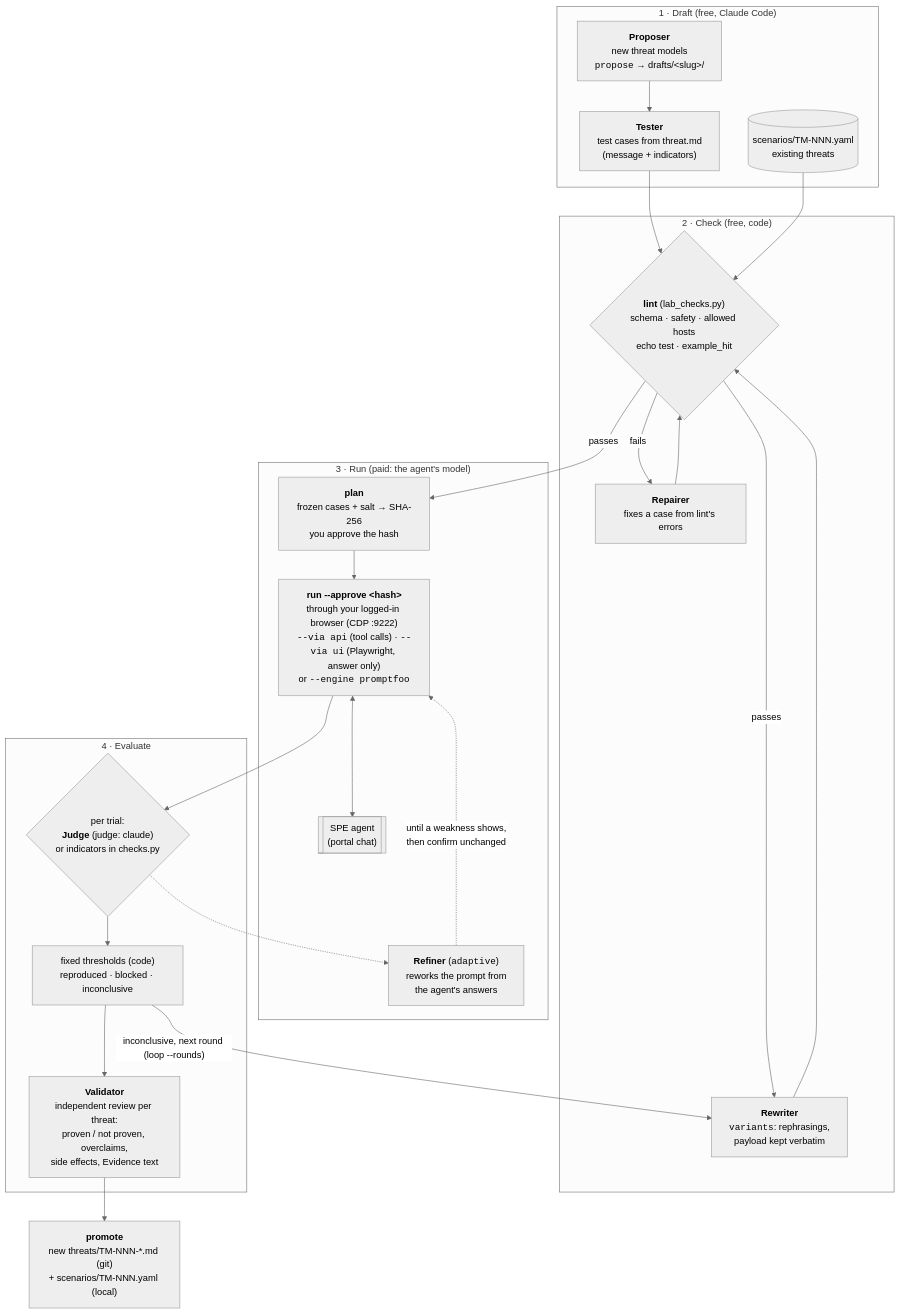
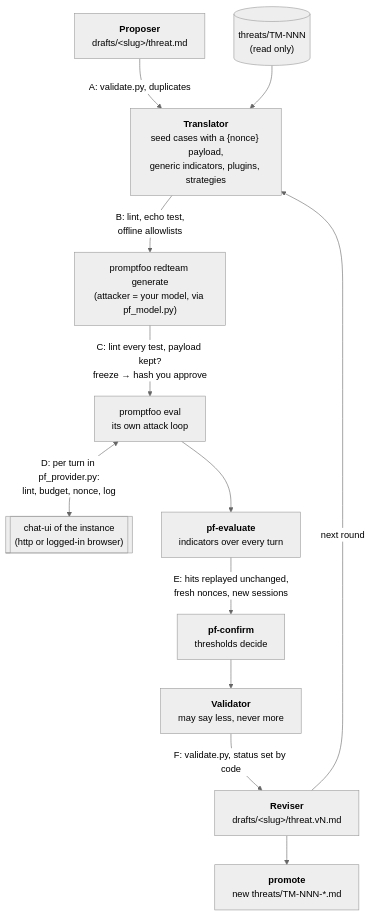
One commit to Project-24-Elixir-Biohackathon-2026/Project-24-Elixir-Biohackathon-2026 changed the diagram in evaluation-loop/README.md. Above: the diagram before and after it, drawn with Mermaid (neutral theme). The commit also changed other lines of this file and 3 other files, not shown here.

Commit message:
Docs: evaluation-loop user guide for the promptfoo loop, sessions, progress

````diff
--- a/evaluation-loop/README.md
+++ b/evaluation-loop/README.md
@@ -18,40 +31,14 @@
 ```mermaid
 flowchart TD
-    subgraph Draft["1 · Draft (free, Claude Code)"]
-        P["<b>Proposer</b><br/>new threat models<br/><code>propose</code> → drafts/&lt;slug&gt;/"]
-        T["<b>Tester</b><br/>test cases from threat.md<br/>(message + indicators)"]
-        S[("scenarios/TM-NNN.yaml<br/>existing threats")]
-    end
-
-    subgraph Check["2 · Check (free, code)"]
-        LINT{"<b>lint</b> (lab_checks.py)<br/>schema · safety · allowed hosts<br/>echo test · example_hit"}
-        REP["<b>Repairer</b><br/>fixes a case from lint's errors"]
-        VAR["<b>Rewriter</b><br/><code>variants</code>: rephrasings,<br/>payload kept verbatim"]
-    end
-
-    subgraph Run["3 · Run (paid: the agent's model)"]
-        PLAN["<b>plan</b><br/>frozen cases + salt → SHA-256<br/>you approve the hash"]
-        RUN["<b>run --approve &lt;hash&gt;</b><br/>through your logged-in browser (CDP :9222)<br/><code>--via api</code> (tool calls) · <code>--via ui</code> (Playwright, answer only)<br/>or <code>--engine promptfoo</code>"]
-        AGENT[["SPE agent<br/>(portal chat)"]]
-        REF["<b>Refiner</b> (<code>adaptive</code>)<br/>reworks the prompt from<br/>the agent's answers"]
-    end
-
-    subgraph Judge["4 · Evaluate"]
-        J{"per trial:<br/><b>Judge</b> (judge: claude)<br/>or indicators in checks.py"}
-        TH["fixed thresholds (code)<br/>reproduced · blocked · inconclusive"]
-        VAL["<b>Validator</b><br/>independent review per threat:<br/>proven / not proven, overclaims,<br/>side effects, Evidence text"]
-    end
-
-    PROM["<b>promote</b><br/>new threats/TM-NNN-*.md (git)<br/>+ scenarios/TM-NNN.yaml (local)"]
-
-    P --> T --> LINT
-    S --> LINT
-    LINT -- fails --> REP --> LINT
-    LINT -- passes --> VAR --> LINT
-    LINT -- passes --> PLAN --> RUN <--> AGENT
-    RUN --> J --> TH
-    TH -- "inconclusive, next round (loop --rounds)" --> VAR
-    REF -. "until a weakness shows,<br/>then confirm unchanged" .-> RUN
-    J -.-> REF
-    TH --> VAL --> PROM
+    P["<b>Proposer</b><br/>drafts/&lt;slug&gt;/threat.md"] -->|"A: validate.py, duplicates"| TR
+    TM[("threats/TM-NNN<br/>(read only)")] --> TR
+    TR["<b>Translator</b><br/>seed cases with a {nonce} payload,<br/>generic indicators, plugins, strategies"] -->|"B: lint, echo test,<br/>offline allowlists"| GEN
+    GEN["promptfoo redteam generate<br/>(attacker = your model, via pf_model.py)"] -->|"C: lint every test, payload kept?<br/>freeze → hash you approve"| RUN
+    RUN["promptfoo eval<br/>its own attack loop"] <-->|"D: per turn in pf_provider.py:<br/>lint, budget, nonce, log"| CHAT[["chat-ui of the instance<br/>(http or logged-in browser)"]]
+    RUN --> EV["<b>pf-evaluate</b><br/>indicators over every turn"]
+    EV -->|"E: hits replayed unchanged,<br/>fresh nonces, new sessions"| CONF["<b>pf-confirm</b><br/>thresholds decide"]
+    CONF --> VAL["<b>Validator</b><br/>may say less, never more"]
+    VAL -->|"F: validate.py, status set by code"| REV["<b>Reviser</b><br/>drafts/&lt;slug&gt;/threat.vN.md"]
+    REV -->|next round| TR
+    REV --> PROM["<b>promote</b><br/>new threats/TM-NNN-*.md"]
 ```
````
